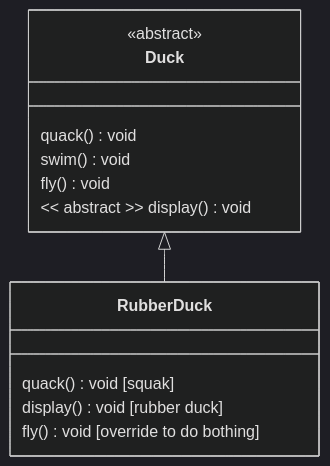
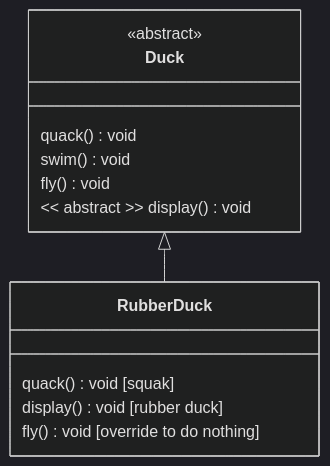
Before and after one commit to atagunay/msc-software-engineering: the third of 11 diagrams in Advance Concepts in OOP/Strategy Design Pattern/Main.md, drawn with Mermaid (dark theme). The commit also changed other lines of this file, not shown here.

````diff
--- a/Advance Concepts in OOP/Strategy Design Pattern/Main.md
+++ b/Advance Concepts in OOP/Strategy Design Pattern/Main.md
@@ -161,20 +161,20 @@
 ```mermaid
 classDiagram
 
 Duck <|-- RubberDuck
 
 class Duck {
     <<abstract>>
 
     quack() void
     swim() void
     fly() void
     << abstract >> display() void
 }
 
 class RubberDuck {
     quack() void [squak]
     display() void [rubber duck]
-    fly() void [override to do bothing]  
+    fly() void [override to do nothing]  
 }
 ```
````
